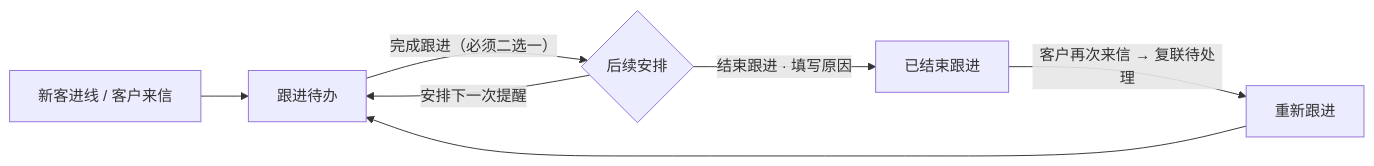
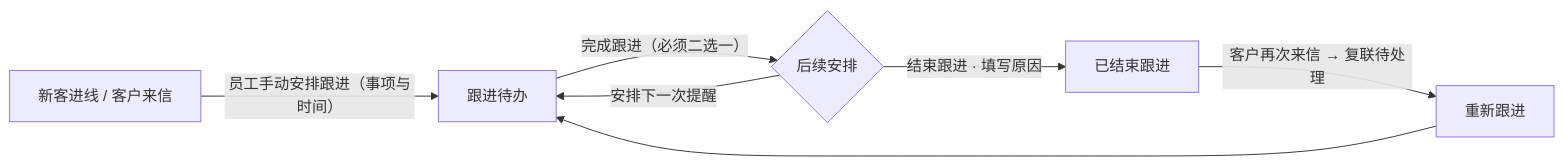
Before and after one commit to EvanCarter017/WA-SCRM: the diagram in README.md, drawn with Mermaid. The commit also changed other lines of this file and 7 other files, not shown here.

````diff
--- a/README.md
+++ b/README.md
@@ -44,9 +44,9 @@
 ```mermaid
 flowchart LR
-    Inbound["新客进线 / 客户来信"] --> Todo["跟进待办"]
+    Inbound["新客进线 / 客户来信"] -->|"员工手动安排跟进（事项与时间）"| Todo["跟进待办"]
     Todo -->|"完成跟进（必须二选一）"| Choice{"后续安排"}
     Choice -->|"安排下一次提醒"| Todo
     Choice -->|"结束跟进 · 填写原因"| Closed["已结束跟进"]
     Closed -->|"客户再次来信 → 复联待处理"| Reopen["重新跟进"]
     Reopen --> Todo
 ```
````
